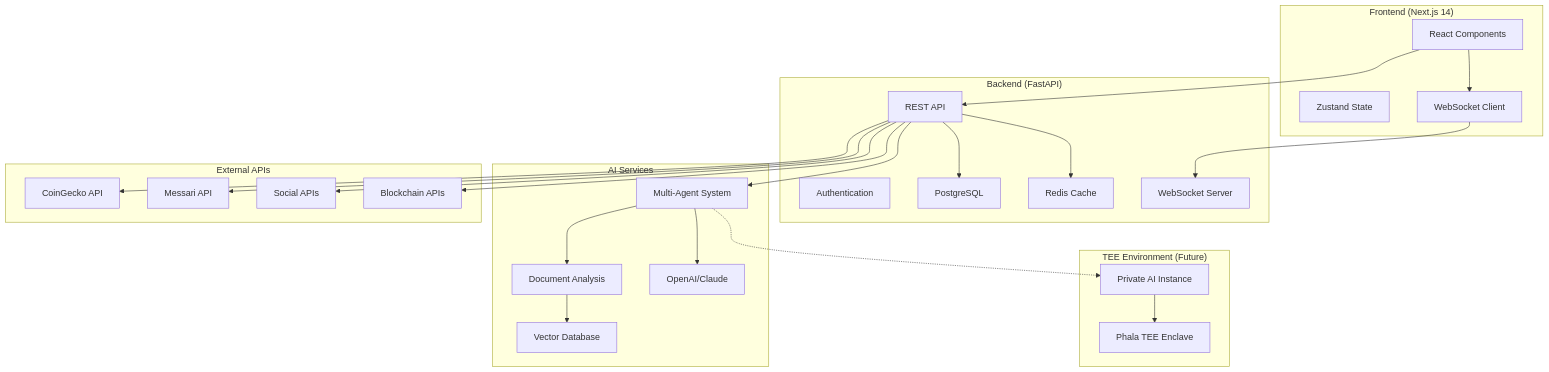
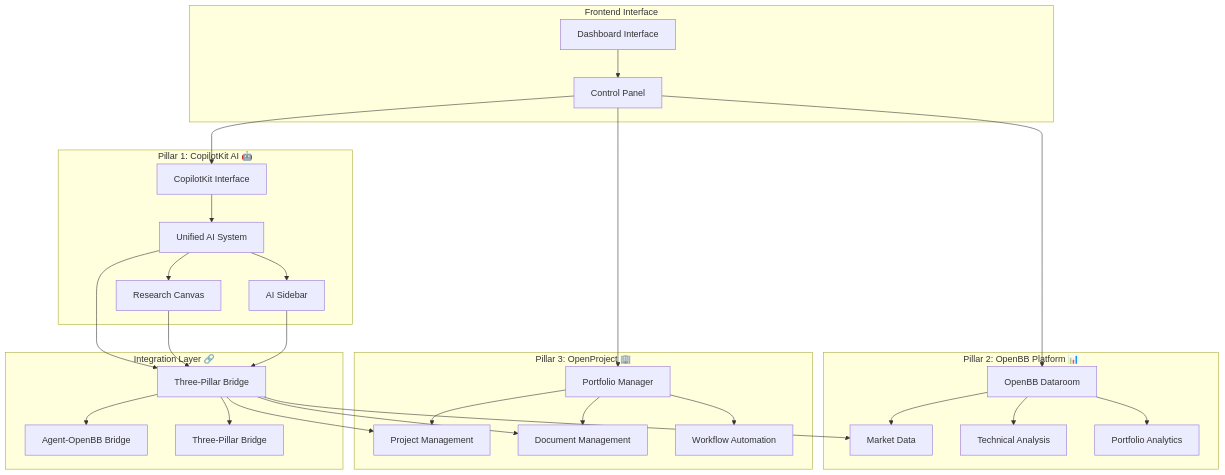
The diagram in docs/architecture.md (Marvin-Cypher/RedpillAI), drawn with Mermaid before and after one commit. The commit also changed other lines of this file and 33 other files, not shown here.

First line of the commit message:
Update documentation to reflect CopilotKit architecture and clean up redundant files

````diff
--- a/docs/architecture.md
+++ b/docs/architecture.md
@@ -5,52 +5,57 @@
 ```mermaid
 graph TB
-    subgraph "Frontend (Next.js 14)"
-        UI[React Components]
-        Store[Zustand State]
-        WS[WebSocket Client]
+    subgraph "Frontend Interface"
+        UI[Dashboard Interface]
+        CTRL[Control Panel]
+        UI --> CTRL
     end
     
-    subgraph "Backend (FastAPI)"
-        API[REST API]
-        Auth[Authentication]
-        DB[PostgreSQL]
-        Redis[Redis Cache]
-        WSS[WebSocket Server]
+    subgraph "Pillar 1: CopilotKit AI 🤖"
+        CK[CopilotKit Interface]
+        UA[Unified AI System]
+        RC[Research Canvas] 
+        AS[AI Sidebar]
+        CK --> UA
+        UA --> RC
+        UA --> AS
     end
     
-    subgraph "AI Services"
-        Agents[Multi-Agent System]
-        RAG[Document Analysis]
-        Vector[Vector Database]
-        LLM[OpenAI/Claude]
+    subgraph "Pillar 2: OpenBB Platform 📊"
+        OBB[OpenBB Dataroom]
+        MD[Market Data]
+        TA[Technical Analysis]
+        PA[Portfolio Analytics]
+        OBB --> MD
+        OBB --> TA
+        OBB --> PA
     end
     
-    subgraph "External APIs"
-        CoinGecko[CoinGecko API]
-        Messari[Messari API]
-        Social[Social APIs]
-        Blockchain[Blockchain APIs]
+    subgraph "Pillar 3: OpenProject 🏢"
+        OP[Portfolio Manager]
+        PM[Project Management]
+        DM[Document Management]
+        WF[Workflow Automation]
+        OP --> PM
+        OP --> DM
+        OP --> WF
     end
     
-    subgraph "TEE Environment (Future)"
-        Enclave[Phala TEE Enclave]
-        Private[Private AI Instance]
+    subgraph "Integration Layer 🔗"
+        Bridge[Three-Pillar Bridge]
+        AOB[Agent-OpenBB Bridge]
+        TPB[Three-Pillar Bridge]
+        Bridge --> AOB
+        Bridge --> TPB
     end
     
-    UI --> API
-    UI --> WS
-    WS --> WSS
-    API --> DB
-    API --> Redis
-    API --> Agents
-    Agents --> RAG
-    RAG --> Vector
-    Agents --> LLM
-    API --> CoinGecko
-    API --> Messari
-    API --> Social
-    API --> Blockchain
+    CTRL --> CK
+    CTRL --> OBB
+    CTRL --> OP
     
-    Private --> Enclave
-    Agents -.-> Private
+    UA --> Bridge
+    RC --> Bridge
+    AS --> Bridge
+    Bridge --> MD
+    Bridge --> PM
+    Bridge --> DM
 ```
````
